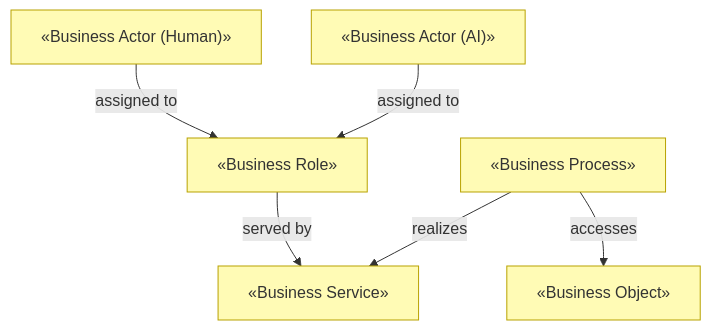
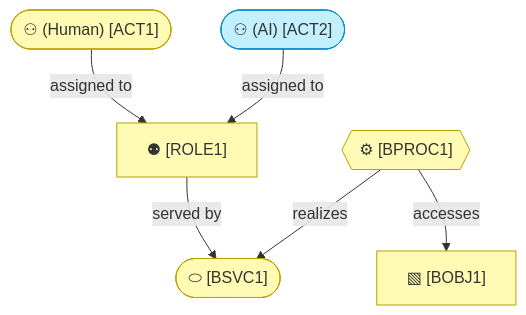
Before and after one commit to roanboc/architecture-archreator: the diagram in .claude/skills/project-bootstrap/templates/architecture/2_business/README.md, drawn with Mermaid. The commit also changed other lines of this file and 19 other files, not shown here.

First line of the commit message:
feat: levels, macro categories, and quieter diagrams

````diff
--- a/.claude/skills/project-bootstrap/templates/architecture/2_business/README.md
+++ b/.claude/skills/project-bootstrap/templates/architecture/2_business/README.md
@@ -58,17 +70,18 @@
 ```mermaid
 flowchart TB
-  actorH["«Business Actor (Human)» <Who>"]:::business
-  actorAI["«Business Actor (AI)» <Who, and at what autonomy>"]:::business
-  role["«Business Role» <Role they play>"]:::business
-  svc["«Business Service» <What's offered>"]:::business
-  proc["«Business Process» <How it's delivered>"]:::business
-  obj["«Business Object» <What's handled>"]:::business
+  actorH(["⚇ <Who> (Human) [ACT1]"]):::business
+  actorAI(["⚇ <Who, and at what autonomy> (AI) [ACT2]"]):::application
+  role["⚉ <Role they play> [ROLE1]"]:::business
+  svc(["⬭ <What's offered> [BSVC1]"]):::business
+  proc{{"⚙ <How it's delivered> [BPROC1]"}}:::business
+  obj["▧ <What's handled> [BOBJ1]"]:::business
 
   actorH -->|assigned to| role
   actorAI -->|assigned to| role
   role -->|served by| svc
   proc -->|realizes| svc
   proc -->|accesses| obj
 
   classDef business fill:#fffbb5,stroke:#b8a200,color:#333
+  classDef application fill:#c2f0ff,stroke:#0288d1,color:#333
 ```
````
